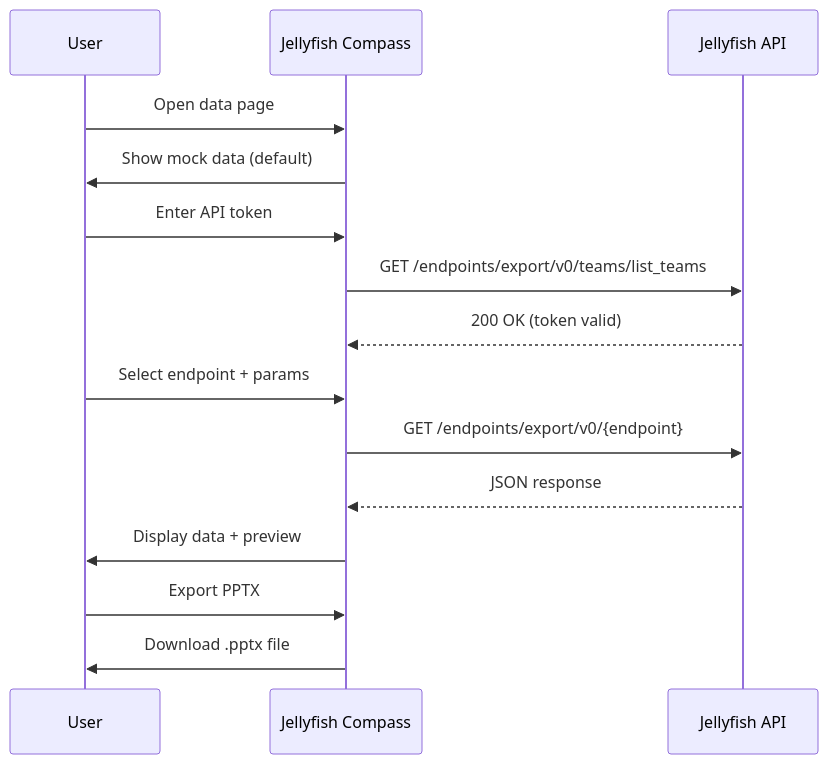
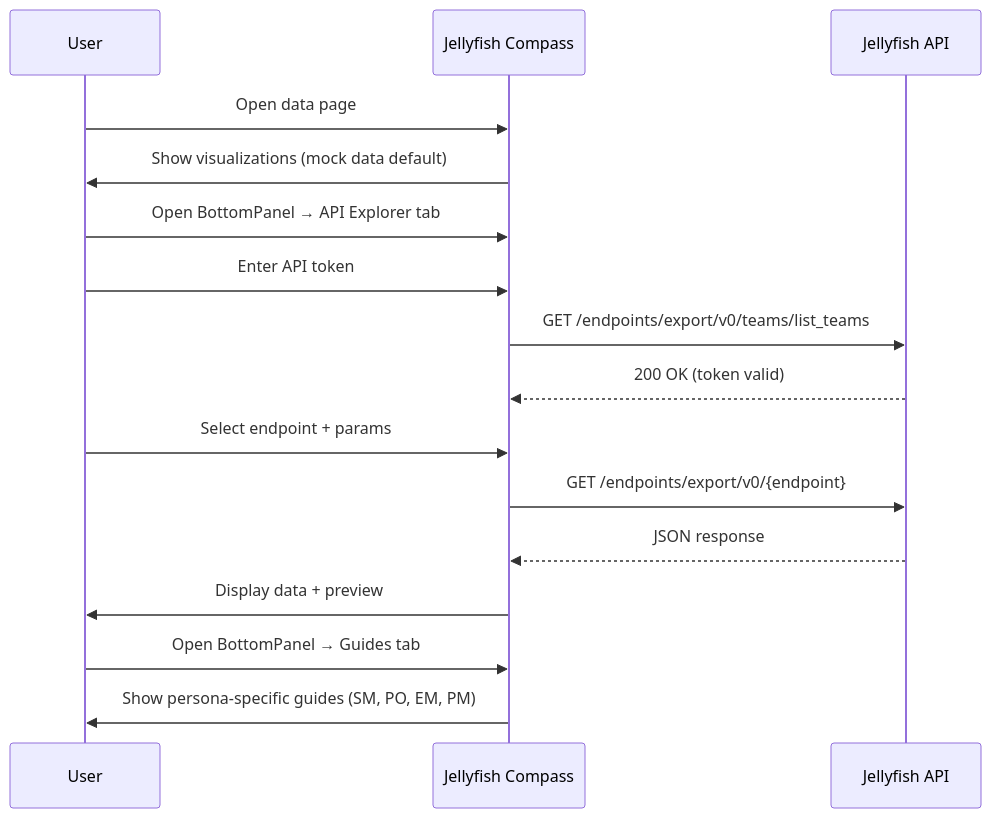
The fourth of 4 diagrams in README.md (diegocconsolini/JellyFish-Compass), drawn with Mermaid before and after one commit. The commit also changed other lines of this file, not shown here.

First line of the commit message:
docs: update README for data page modernization and persona guides

````diff
--- a/README.md
+++ b/README.md
@@ -164,18 +164,19 @@
 ```mermaid
 sequenceDiagram
     participant User
     participant Compass as Jellyfish Compass
     participant JF as Jellyfish API
 
     User->>Compass: Open data page
-    Compass->>User: Show mock data (default)
+    Compass->>User: Show visualizations (mock data default)
+    User->>Compass: Open BottomPanel → API Explorer tab
     User->>Compass: Enter API token
     Compass->>JF: GET /endpoints/export/v0/teams/list_teams
     JF-->>Compass: 200 OK (token valid)
     User->>Compass: Select endpoint + params
     Compass->>JF: GET /endpoints/export/v0/{endpoint}
     JF-->>Compass: JSON response
     Compass->>User: Display data + preview
-    User->>Compass: Export PPTX
-    Compass->>User: Download .pptx file
+    User->>Compass: Open BottomPanel → Guides tab
+    Compass->>User: Show persona-specific guides (SM, PO, EM, PM)
 ```
````
